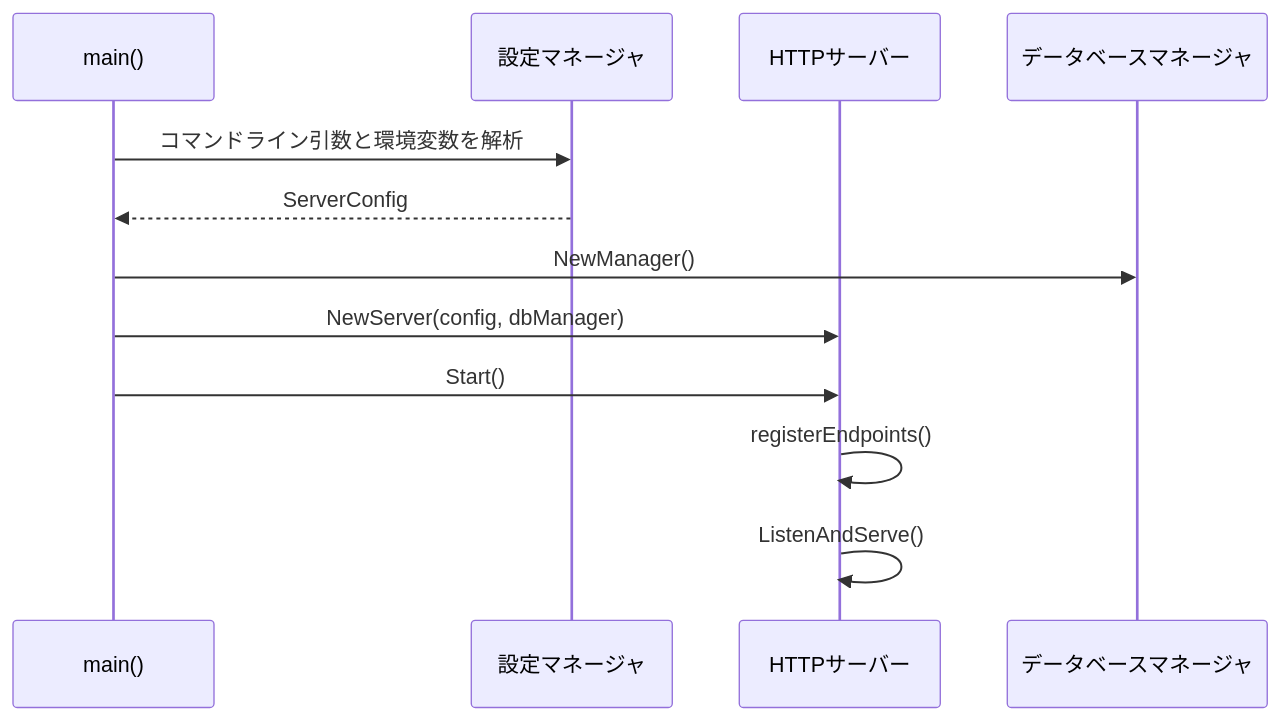
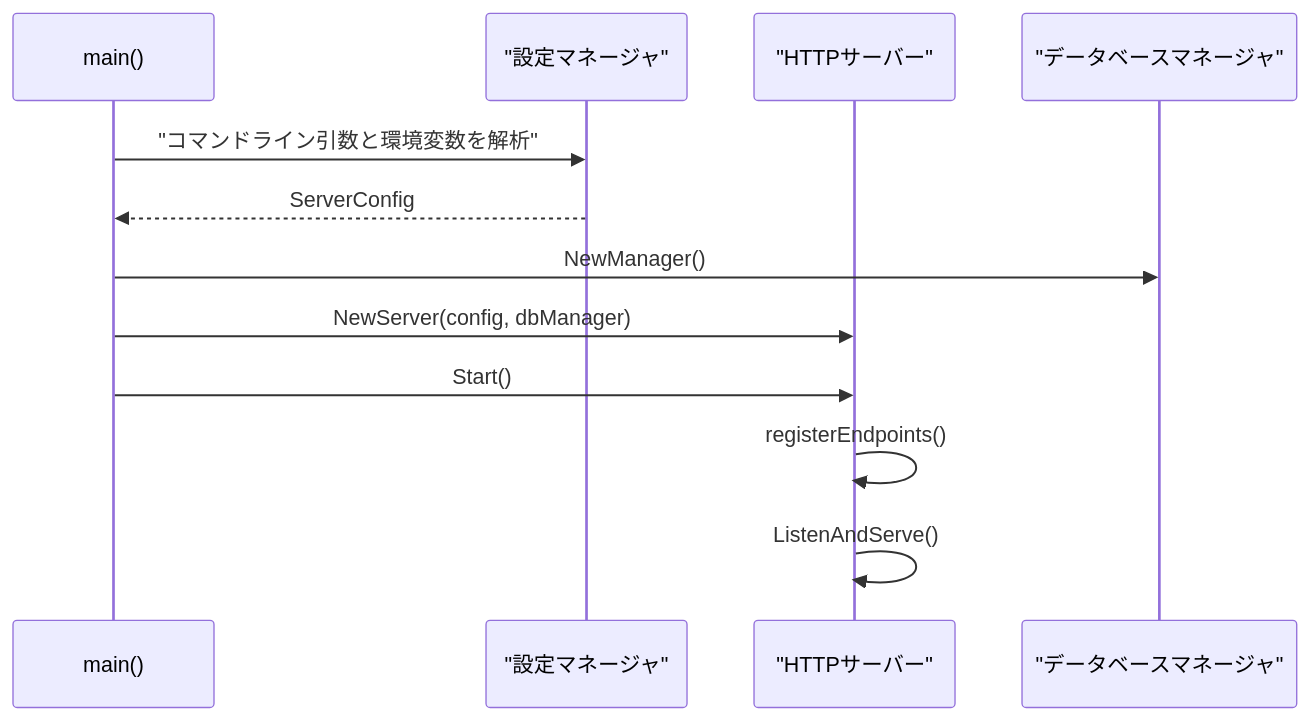
One commit to ssig33/fuckbase changed the second of 5 diagrams in textbooks/05_http_server_and_api.md. Above: the diagram before and after it, drawn with Mermaid. The commit also changed other lines of this file and 6 other files, not shown here.

Commit message:
Fix Mermaid diagrams by properly enclosing Japanese text in double quotes to prevent control character misinterpretation

````diff
--- a/textbooks/05_http_server_and_api.md
+++ b/textbooks/05_http_server_and_api.md
@@ -26,15 +26,15 @@
 ```mermaid
 sequenceDiagram
     participant Main as main()
-    participant Config as 設定マネージャ
-    participant Server as HTTPサーバー
-    participant DBManager as データベースマネージャ
+    participant Config as "設定マネージャ"
+    participant Server as "HTTPサーバー"
+    participant DBManager as "データベースマネージャ"
     
-    Main->>Config: コマンドライン引数と環境変数を解析
+    Main->>Config: "コマンドライン引数と環境変数を解析"
     Config-->>Main: ServerConfig
     Main->>DBManager: NewManager()
     Main->>Server: NewServer(config, dbManager)
     Main->>Server: Start()
     Server->>Server: registerEndpoints()
     Server->>Server: ListenAndServe()
 ```
````
